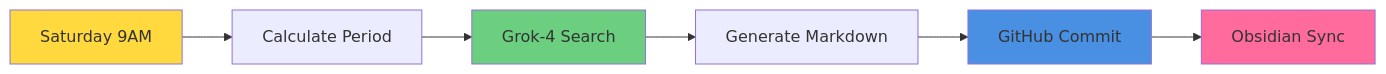
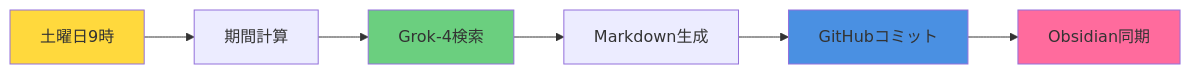
One commit to x24ken/n8n-automation changed the second of 2 diagrams in README.md. Above: the diagram before and after it, drawn with Mermaid. The commit also changed other lines of this file, not shown here.

````diff
--- a/README.md
+++ b/README.md
@@ -98,13 +98,13 @@
 ```mermaid
 graph LR
-    A[Saturday 9AM] --> B[Calculate Period]
-    B --> C[Grok-4 Search]
-    C --> D[Generate Markdown]
-    D --> E[GitHub Commit]
-    E --> F[Obsidian Sync]
+    A[土曜日9時] --> B[期間計算]
+    B --> C[Grok-4検索]
+    C --> D[Markdown生成]
+    D --> E[GitHubコミット]
+    E --> F[Obsidian同期]
     
     style A fill:#ffd93d
     style C fill:#6bcf7f
     style E fill:#4a90e2
     style F fill:#ff6b9d
 ```
````
